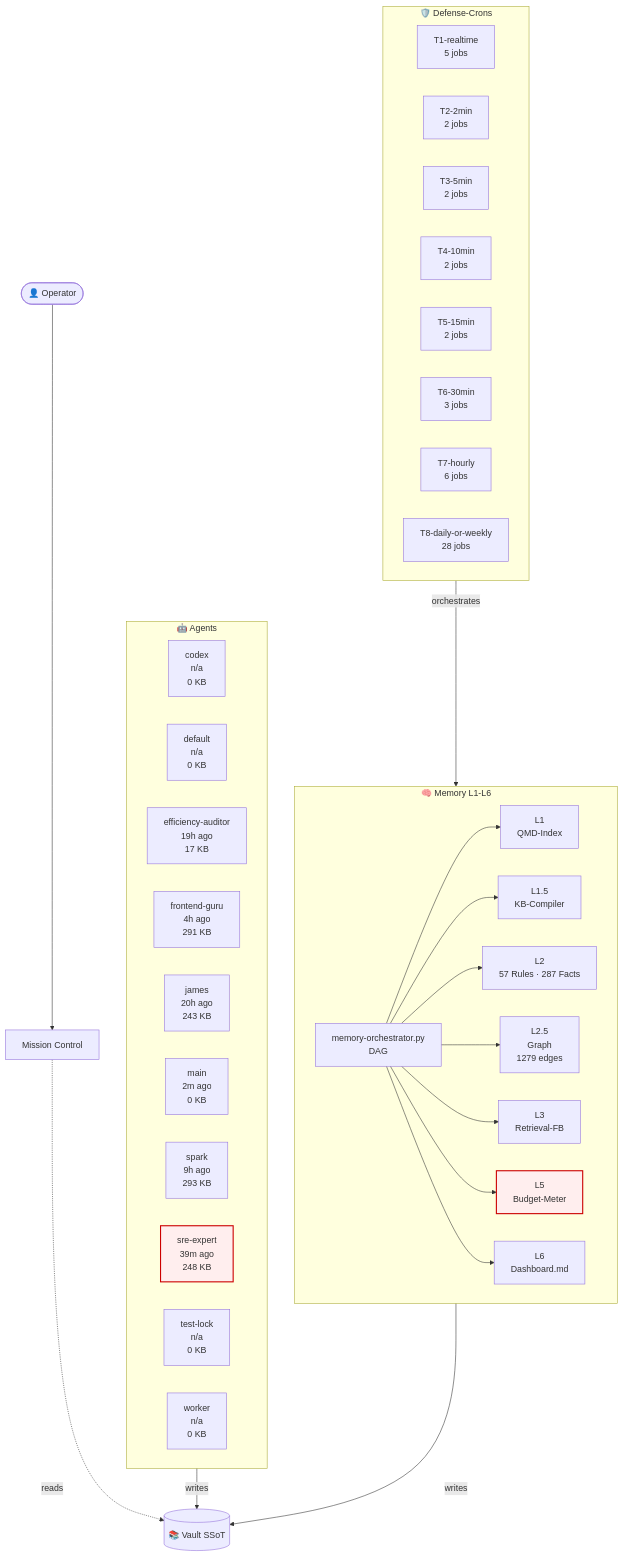
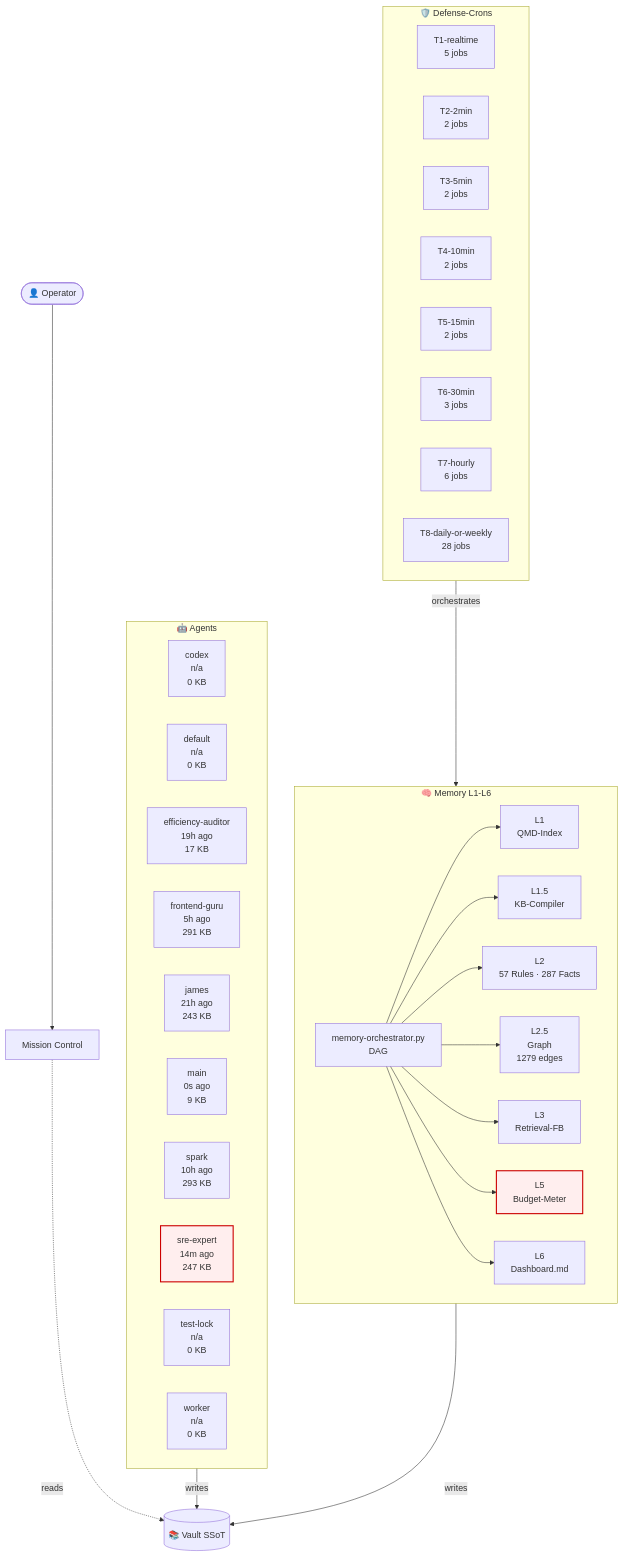
The diagram in 03-Agents/architecture-live.md (lenardhuebner88-rgb/openclaw-memory), drawn with Mermaid before and after one commit. The commit also changed other lines of this file and 4 other files, not shown here.

````diff
--- a/03-Agents/architecture-live.md
+++ b/03-Agents/architecture-live.md
@@ -18,53 +18,53 @@
 ```mermaid
 flowchart TB
     classDef critical fill:#fee,stroke:#c00,stroke-width:2px;
     subgraph AGT["🤖 Agents"]
         agent_codex["codex<br/>n/a<br/>0 KB"]
         agent_default["default<br/>n/a<br/>0 KB"]
         agent_efficiency_auditor["efficiency-auditor<br/>19h ago<br/>17 KB"]
-        agent_frontend_guru["frontend-guru<br/>4h ago<br/>291 KB"]
-        agent_james["james<br/>20h ago<br/>243 KB"]
-        agent_main["main<br/>2m ago<br/>0 KB"]
-        agent_spark["spark<br/>9h ago<br/>293 KB"]
-        agent_sre_expert["sre-expert<br/>39m ago<br/>248 KB"]
+        agent_frontend_guru["frontend-guru<br/>5h ago<br/>291 KB"]
+        agent_james["james<br/>21h ago<br/>243 KB"]
+        agent_main["main<br/>0s ago<br/>9 KB"]
+        agent_spark["spark<br/>10h ago<br/>293 KB"]
+        agent_sre_expert["sre-expert<br/>14m ago<br/>247 KB"]
         agent_test_lock["test-lock<br/>n/a<br/>0 KB"]
         agent_worker["worker<br/>n/a<br/>0 KB"]
     end
     subgraph MEM["🧠 Memory L1-L6"]
         L1["L1<br/>QMD-Index"]
         L15["L1.5<br/>KB-Compiler"]
         L2["L2<br/>57 Rules · 287 Facts"]
         L25["L2.5<br/>Graph<br/>1279 edges"]
         L3["L3<br/>Retrieval-FB"]
         L5["L5<br/>Budget-Meter"]
         L6["L6<br/>Dashboard.md"]
         ORCH["memory-orchestrator.py<br/>DAG"]
     end
     subgraph CRN["🛡️ Defense-Crons"]
         tier_T1_realtime["T1-realtime<br/>5 jobs"]
         tier_T2_2min["T2-2min<br/>2 jobs"]
         tier_T3_5min["T3-5min<br/>2 jobs"]
         tier_T4_10min["T4-10min<br/>2 jobs"]
         tier_T5_15min["T5-15min<br/>2 jobs"]
         tier_T6_30min["T6-30min<br/>3 jobs"]
         tier_T7_hourly["T7-hourly<br/>6 jobs"]
         tier_T8_daily_or_weekly["T8-daily-or-weekly<br/>28 jobs"]
     end
     VAULT[("📚 Vault SSoT")]
     OP([👤 Operator])
     MC["Mission Control"]
     OP --> MC
     MC -.reads.-> VAULT
     AGT -->|writes| VAULT
     MEM -->|writes| VAULT
     ORCH --> L1
     ORCH --> L15
     ORCH --> L2
     ORCH --> L25
     ORCH --> L3
     ORCH --> L5
     ORCH --> L6
     CRN -->|orchestrates| MEM
     class L5 critical
     class agent_sre_expert critical
 ```
````
